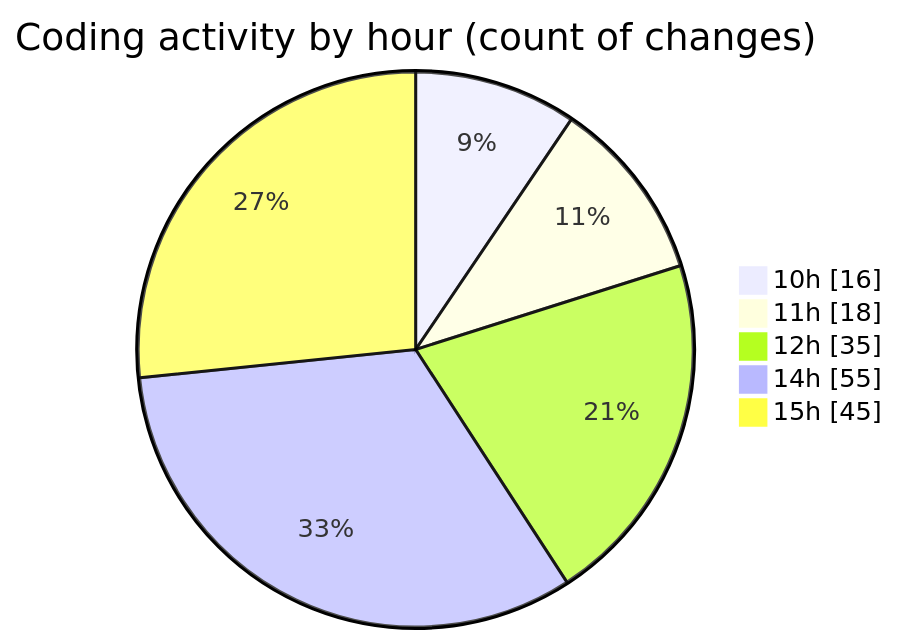
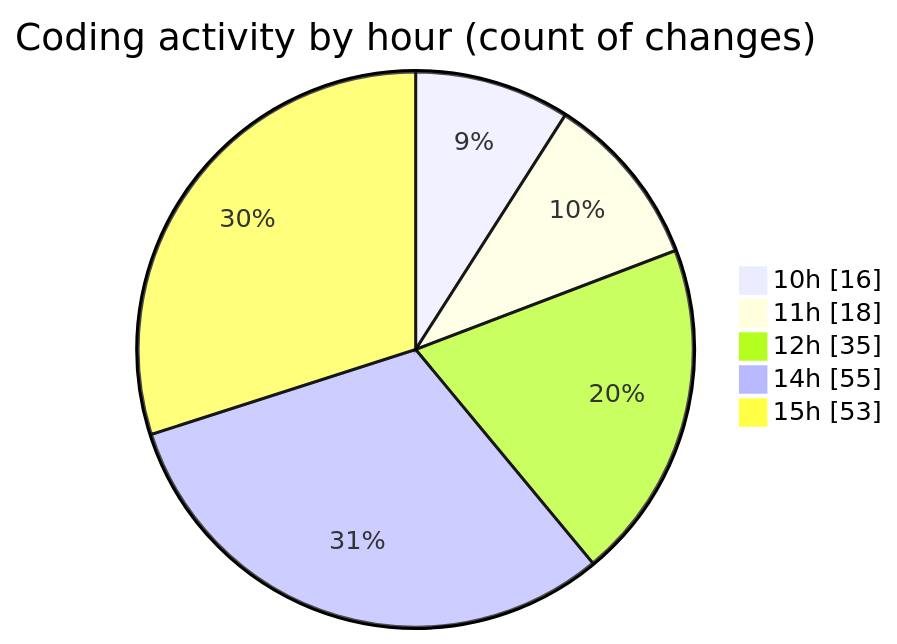
One commit to momahboobian/code-tracking changed the second of 2 diagrams in 2026-05-06/cda/README.md. Above: the diagram before and after it, drawn with Mermaid. The commit also changed other lines of this file and 1 other file, not shown here.

````diff
--- a/2026-05-06/cda/README.md
+++ b/2026-05-06/cda/README.md
@@ -104,9 +104,9 @@
 ```mermaid
 pie showData
 title Coding activity by hour (count of changes)
 "10h" : 16
 "11h" : 18
 "12h" : 35
 "14h" : 55
-"15h" : 45
+"15h" : 53
 ```
````
